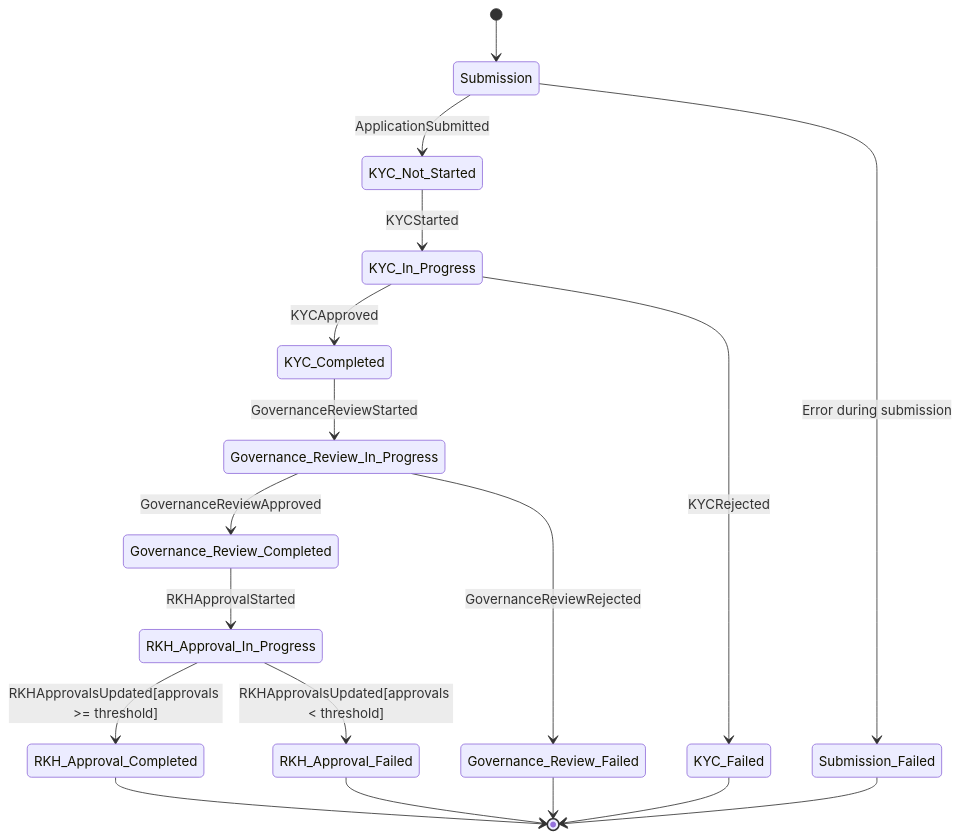
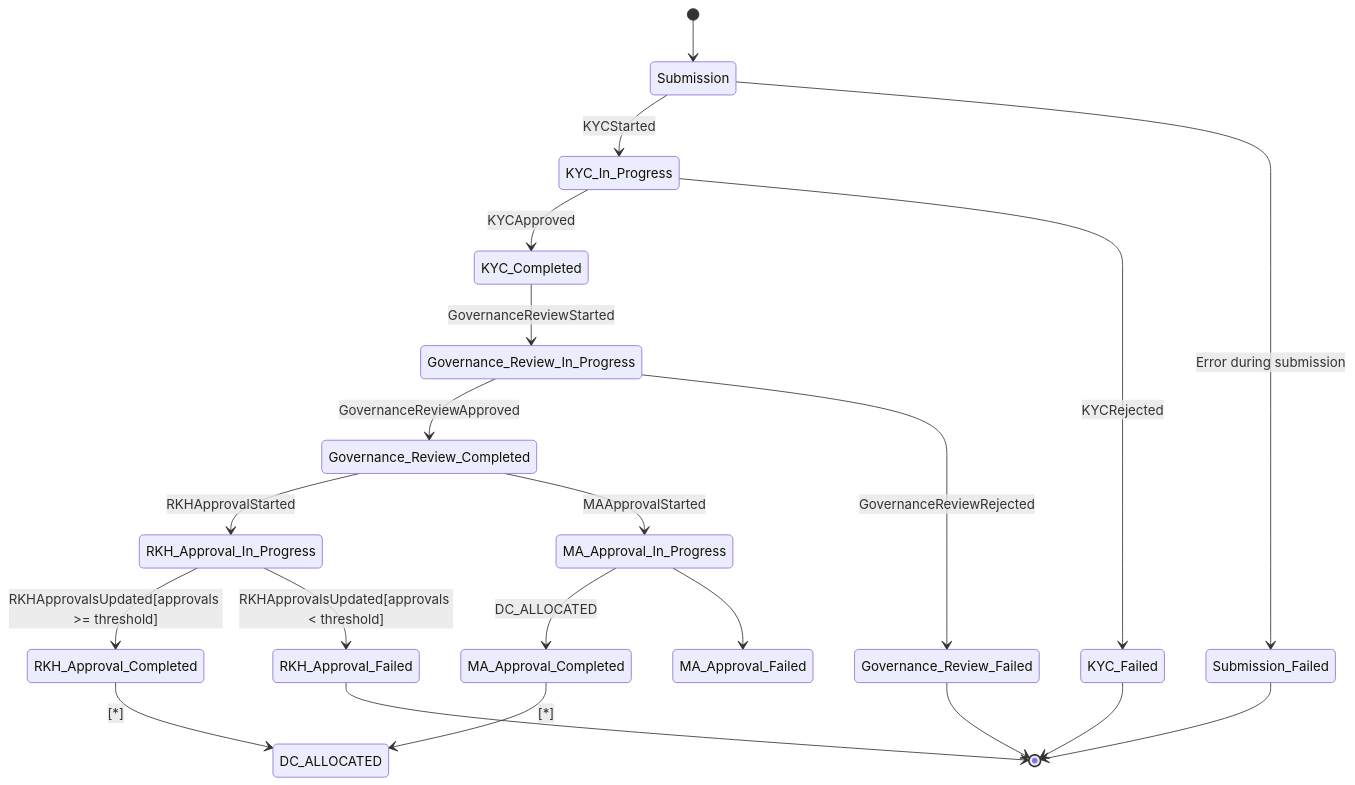
The diagram in README.md (lukasz-wal/rkh-frontend-neti), drawn with Mermaid before and after one commit.

````diff
--- a/README.md
+++ b/README.md
@@ -31,20 +31,23 @@
 ```mermaid
 stateDiagram-v2
     [*] --> Submission
-    Submission --> KYC_Not_Started: ApplicationSubmitted
-    KYC_Not_Started --> KYC_In_Progress: KYCStarted
+    Submission --> KYC_In_Progress: KYCStarted
     KYC_In_Progress --> KYC_Completed: KYCApproved
     KYC_In_Progress --> KYC_Failed: KYCRejected
     KYC_Completed --> Governance_Review_In_Progress: GovernanceReviewStarted
     Governance_Review_In_Progress --> Governance_Review_Completed: GovernanceReviewApproved
     Governance_Review_In_Progress --> Governance_Review_Failed: GovernanceReviewRejected
     Governance_Review_Completed --> RKH_Approval_In_Progress: RKHApprovalStarted
+    Governance_Review_Completed --> MA_Approval_In_Progress: MAApprovalStarted
     RKH_Approval_In_Progress --> RKH_Approval_Completed: RKHApprovalsUpdated[approvals >= threshold]
     RKH_Approval_In_Progress --> RKH_Approval_Failed: RKHApprovalsUpdated[approvals < threshold]
-    RKH_Approval_Completed --> [*]
+    MA_Approval_In_Progress --> MA_Approval_Completed: DC_ALLOCATED
+    MA_Approval_In_Progress --> MA_Approval_Failed
+    RKH_Approval_Completed --> DC_ALLOCATED: [*]
+    MA_Approval_Completed --> DC_ALLOCATED: [*]
     KYC_Failed --> [*]
     Governance_Review_Failed --> [*]
     RKH_Approval_Failed --> [*]
     Submission --> Submission_Failed: Error during submission
     Submission_Failed --> [*]
 ```
````
